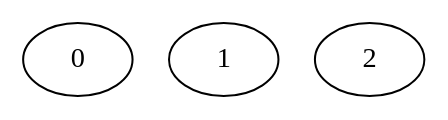
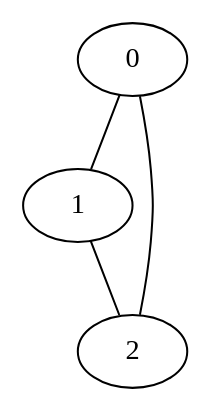
Before and after one commit to LilianHERTEL/Labyrinthe-parcours-en-C: the diagram in compo_connexes/graphviz/testGrapheToPartition.dot, drawn with Graphviz. The commit also changed 2 other files, not shown here.

```diff
--- a/compo_connexes/graphviz/testGrapheToPartition.dot
+++ b/compo_connexes/graphviz/testGrapheToPartition.dot
@@ -1,13 +1,16 @@
 graph testGrapheToPartition {
-	graph [bb="0,0,198,36"];
+	graph [bb="0,0,81,180"];
 	node [label="\N"];
 	0	 [height=0.5,
-		pos="27,18",
+		pos="54,162",
 		width=0.75];
 	1	 [height=0.5,
-		pos="99,18",
+		pos="27,90",
 		width=0.75];
+	0 -- 1	 [pos="47.326,144.2 43.141,133.04 37.768,118.71 33.597,107.59"];
 	2	 [height=0.5,
-		pos="171,18",
+		pos="54,18",
 		width=0.75];
+	0 -- 2	 [pos="57.747,144.09 59.747,133.62 61.997,120.12 63,108 64.32,92.055 64.32,87.945 63,72 61.997,59.876 59.747,46.376 57.747,35.907"];
+	1 -- 2	 [pos="33.674,72.202 37.859,61.042 43.232,46.714 47.403,35.593"];
 }
```
